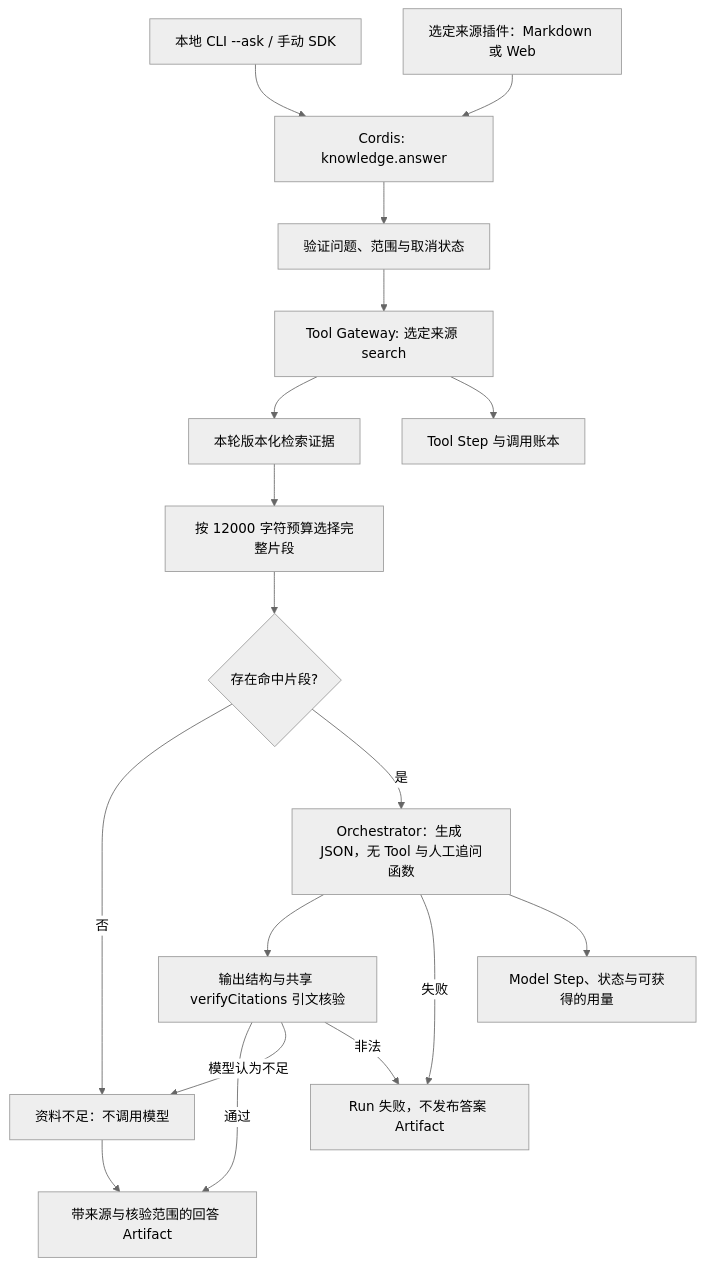
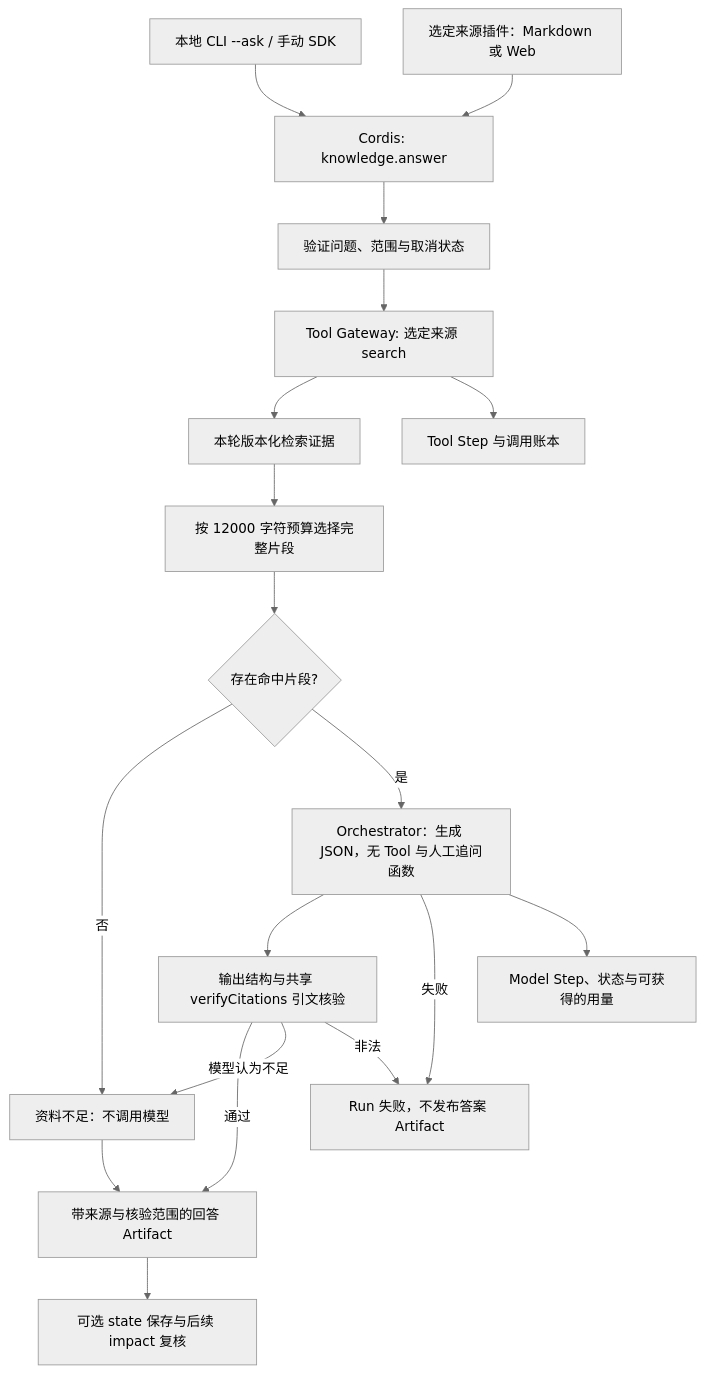
One commit to KlayPeter/AI-Delivery-Ops-Agent changed the diagram in backend/src/knowledge/answer/FEATURE.md. Above: the diagram before and after it, drawn with Mermaid (neutral theme). The commit also changed other lines of this file and 28 other files, not shown here.

````diff
--- a/backend/src/knowledge/answer/FEATURE.md
+++ b/backend/src/knowledge/answer/FEATURE.md
@@ -22,20 +22,21 @@
 ```mermaid
 flowchart TD
     U[本地 CLI --ask / 手动 SDK] --> P[Cordis: knowledge.answer]
     S[选定来源插件：Markdown 或 Web] --> P
     P --> V[验证问题、范围与取消状态]
     V --> T[Tool Gateway: 选定来源 search]
     T --> E[本轮版本化检索证据]
     E --> C[按 12000 字符预算选择完整片段]
     C --> N{存在命中片段?}
     N -- 否 --> A[资料不足：不调用模型]
     N -- 是 --> M[Orchestrator：生成 JSON，无 Tool 与人工追问函数]
     M --> K[输出结构与共享 verifyCitations 引文核验]
+    R --> HI[可选 state 保存与后续 impact 复核]
     K -- 通过 --> R[带来源与核验范围的回答 Artifact]
     K -- 模型认为不足 --> A
     K -- 非法 --> F[Run 失败，不发布答案 Artifact]
     M -- 失败 --> F
     T --> L[Tool Step 与调用账本]
     M --> L2[Model Step、状态与可获得的用量]
     A --> R
 ```
````
